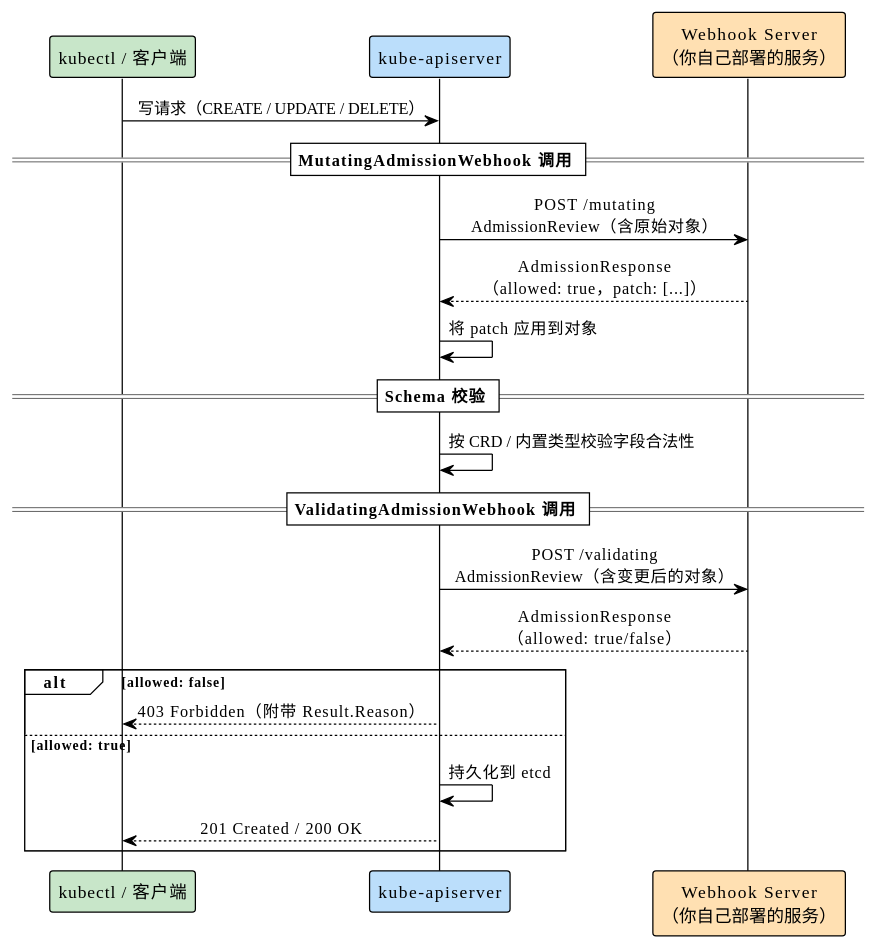
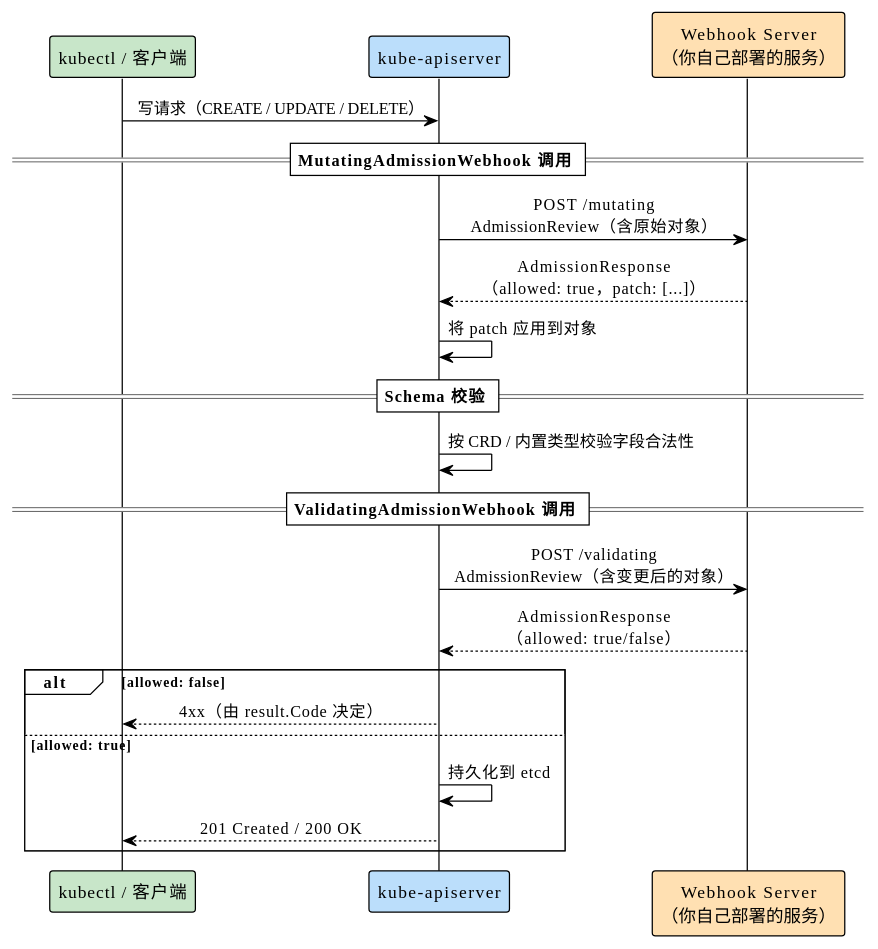
Before and after one commit to togettoyou/kubernetes-src-notes: the second of 2 diagrams in content/extensions/admission-control.md, drawn with PlantUML.

Commit message:
0411更新

````diff
--- a/content/extensions/admission-control.md
+++ b/content/extensions/admission-control.md
@@ -83,33 +83,33 @@
 ```plantuml
 @startuml
 !theme plain
 skinparam sequenceMessageAlign center
 skinparam responseMessageBelowArrow true
 skinparam defaultTextAlignment center
 
 participant "kubectl / 客户端" as client #C8E6C9
 participant "kube-apiserver" as api #BBDEFB
 participant "Webhook Server\n（你自己部署的服务）" as webhook #FFE0B2
 
 client -> api : 写请求（CREATE / UPDATE / DELETE）
 
 == MutatingAdmissionWebhook 调用 ==
 api -> webhook : POST /mutating\nAdmissionReview（含原始对象）
 webhook --> api : AdmissionResponse\n（allowed: true，patch: [...]）
 api -> api : 将 patch 应用到对象
 
 == Schema 校验 ==
 api -> api : 按 CRD / 内置类型校验字段合法性
 
 == ValidatingAdmissionWebhook 调用 ==
 api -> webhook : POST /validating\nAdmissionReview（含变更后的对象）
 webhook --> api : AdmissionResponse\n（allowed: true/false）
 
 alt allowed: false
-    api --> client : 403 Forbidden（附带 Result.Reason）
+    api --> client : 4xx（由 result.Code 决定）
 else allowed: true
     api -> api : 持久化到 etcd
     api --> client : 201 Created / 200 OK
 end
 @enduml
 ```
````
